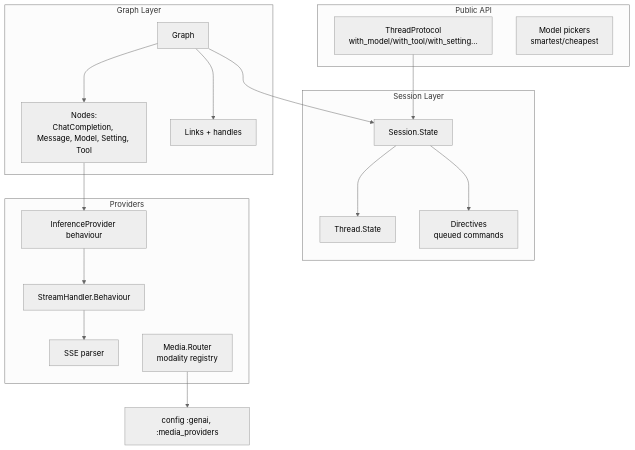
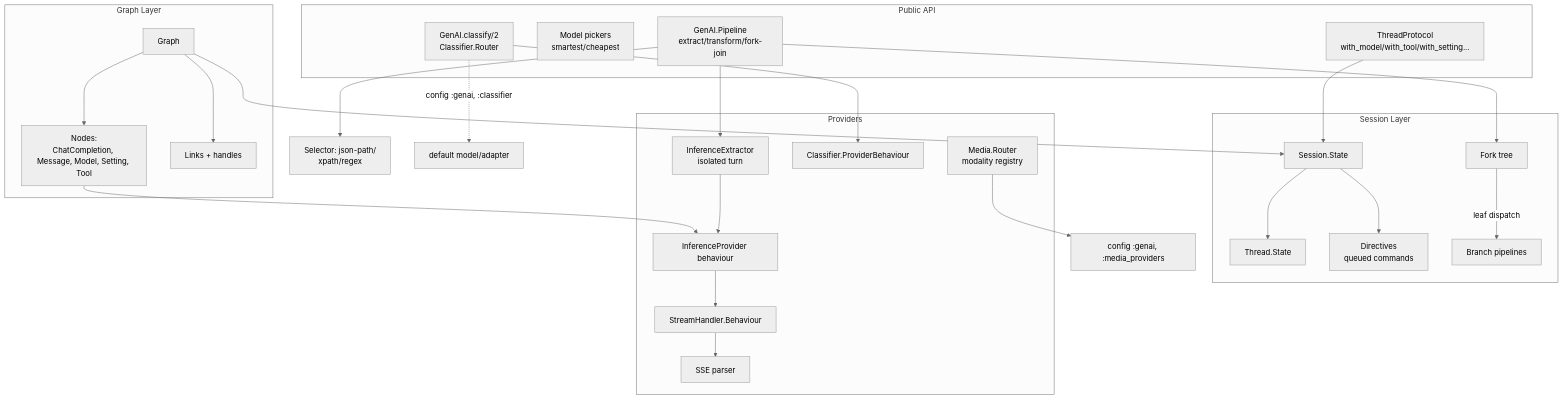
Before and after one commit to noizu-labs-ml/genai-core: the diagram in docs/PROJ-ARCH.md, drawn with Mermaid (neutral theme). The commit also changed other lines of this file and 9 other files, not shown here.

First line of the commit message:
docs: doc-sweep 2026-10-26 (layout/arch/schema/threat-model)

````diff
--- a/docs/PROJ-ARCH.md
+++ b/docs/PROJ-ARCH.md
@@ -19,26 +20,36 @@
 ```mermaid
 graph TB
     subgraph Public API
         TP[ThreadProtocol<br/>with_model/with_tool/with_setting...]
         MC[Model pickers<br/>smartest/cheapest]
+        CL[GenAI.classify/2<br/>Classifier.Router]
+        PL[GenAI.Pipeline<br/>extract/transform/fork-join]
     end
     subgraph Graph Layer
         G[Graph] --> N[Nodes:<br/>ChatCompletion, Message, Model, Setting, Tool]
         G --> L[Links + handles]
     end
     subgraph Session Layer
         S[Session.State] --> ST[Thread.State]
         S --> D[Directives<br/>queued commands]
+        F[Fork tree] -->|leaf dispatch| PLX[Branch pipelines]
     end
     subgraph Providers
         IPB[InferenceProvider behaviour]
         SHR[StreamHandler.Behaviour]
         SSE[SSE parser]
         MR[Media.Router<br/>modality registry]
+        CPB[Classifier.ProviderBehaviour]
+        IE[InferenceExtractor<br/>isolated turn]
     end
     TP --> S
     G --> S
+    PL --> F
+    PL --> SEL[Selector: json-path/<br/>xpath/regex]
+    CL --> CPB
     N --> IPB
     IPB --> SHR --> SSE
+    PL --> IE --> IPB
     MR --> MPROV[config :genai, :media_providers]
+    CL -.->|config :genai, :classifier| CFGC[default model/adapter]
 ```
````
